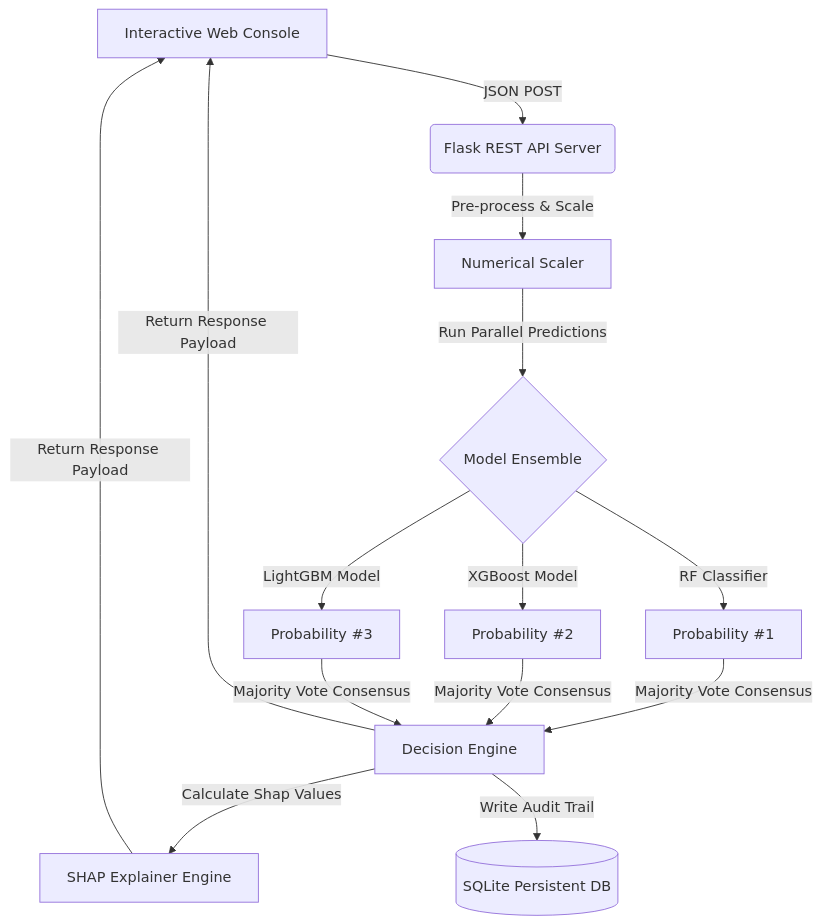
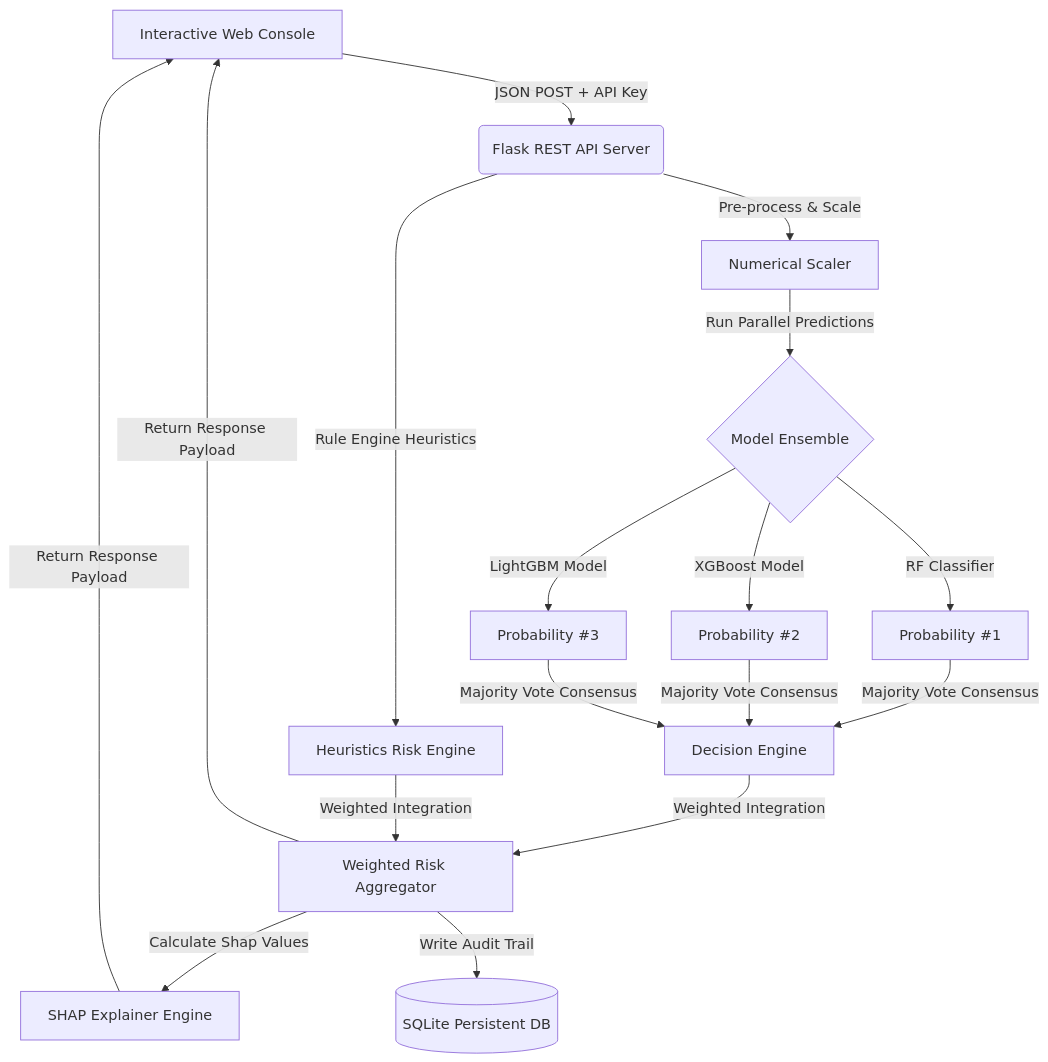
Before and after one commit to sid0803/Sentinel-Radar-CCFD: the diagram in README.md, drawn with Mermaid. The commit also changed other lines of this file and 10 other files, not shown here.

Commit message:
Audit Upgrades: API key auth, .env, Heuristics Risk Rule Engine, pytest suite, and CI/CD

````diff
--- a/README.md
+++ b/README.md
@@ -25,13 +32,15 @@
 ```mermaid
 graph TD
-    A[Interactive Web Console] -->|JSON POST| B(Flask REST API Server)
+    A[Interactive Web Console] -->|JSON POST + API Key| B(Flask REST API Server)
     B -->|Pre-process & Scale| C[Numerical Scaler]
+    B -->|Rule Engine Heuristics| K[Heuristics Risk Engine]
     C -->|Run Parallel Predictions| D{Model Ensemble}
     D -->|RF Classifier| E[Probability #1]
     D -->|XGBoost Model| F[Probability #2]
     D -->|LightGBM Model| G[Probability #3]
     E & F & G -->|Majority Vote Consensus| H[Decision Engine]
-    H -->|Calculate Shap Values| I[SHAP Explainer Engine]
-    H -->|Write Audit Trail| J[(SQLite Persistent DB)]
-    H & I -->|Return Response Payload| A
+    H & K -->|Weighted Integration| L[Weighted Risk Aggregator]
+    L -->|Calculate Shap Values| I[SHAP Explainer Engine]
+    L -->|Write Audit Trail| J[(SQLite Persistent DB)]
+    L & I -->|Return Response Payload| A
 ```
````
